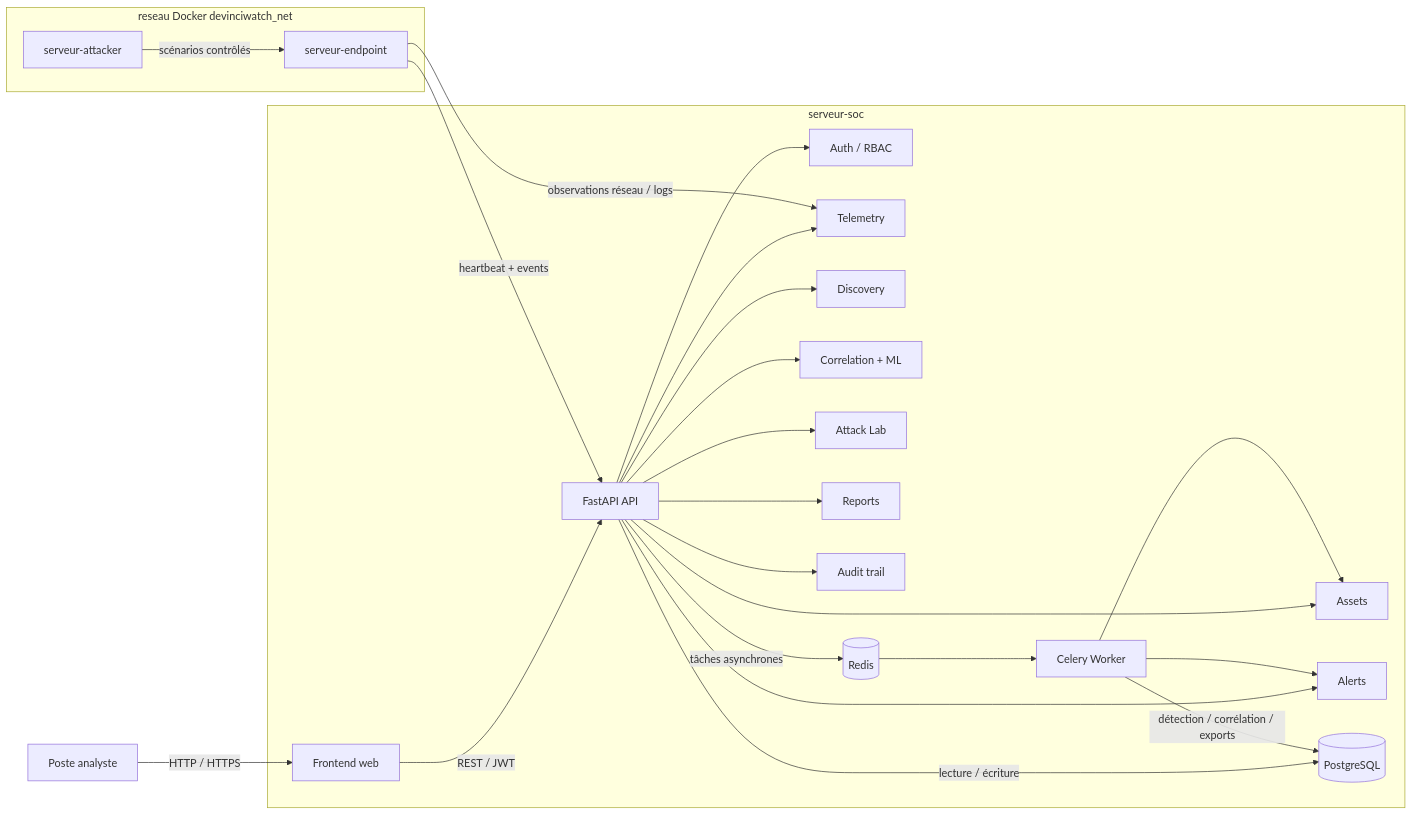
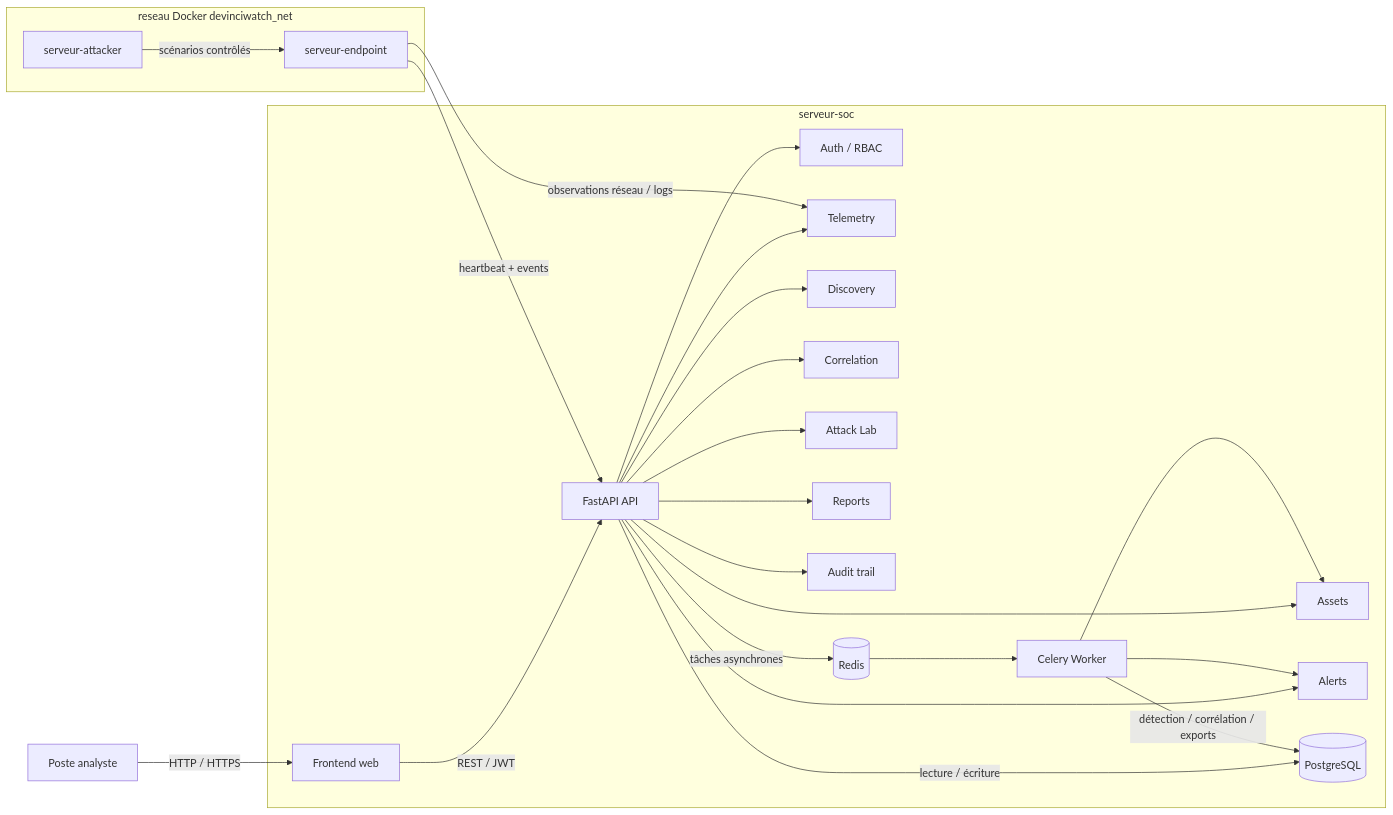
The diagram in README.md (yugmerabtene/PROJET-M2-CYBER-2026), drawn with Mermaid before and after one commit. The commit also changed other lines of this file and 24 other files, not shown here.

````diff
--- a/README.md
+++ b/README.md
@@ -67,33 +65,33 @@
 ```mermaid
 flowchart LR
     Analyst[Poste analyste] -->|HTTP / HTTPS| Web[Frontend web]
 
     subgraph SOC[serveur-soc]
         Web -->|REST / JWT| API[FastAPI API]
         API --> Auth[Auth / RBAC]
         API --> Telemetry[Telemetry]
         API --> Discovery[Discovery]
         API --> Assets[Assets]
         API --> Alerts[Alerts]
-        API --> Correlation[Correlation + ML]
+        API --> Correlation[Correlation]
         API --> AttackLab[Attack Lab]
         API --> Reports[Reports]
         API --> Audit[Audit trail]
         
         API -->|lecture / écriture| DB[(PostgreSQL)]
         API -->|tâches asynchrones| Queue[(Redis)]
         Queue --> Worker[Celery Worker]
         Worker -->|détection / corrélation / exports| DB
         Worker --> Alerts
         Worker --> Assets
     end
 
     subgraph Lab[reseau Docker devinciwatch_net]
         Endpoint[serveur-endpoint]
         Attacker[serveur-attacker]
     end
 
     Endpoint -->|heartbeat + events| API
     Endpoint -->|observations réseau / logs| Telemetry
     Attacker -->|scénarios contrôlés| Endpoint
 ```
````
